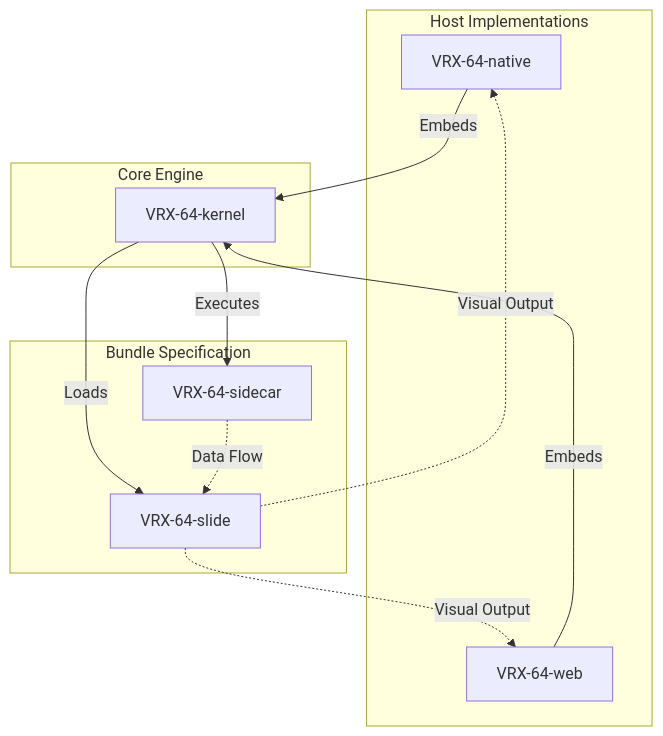
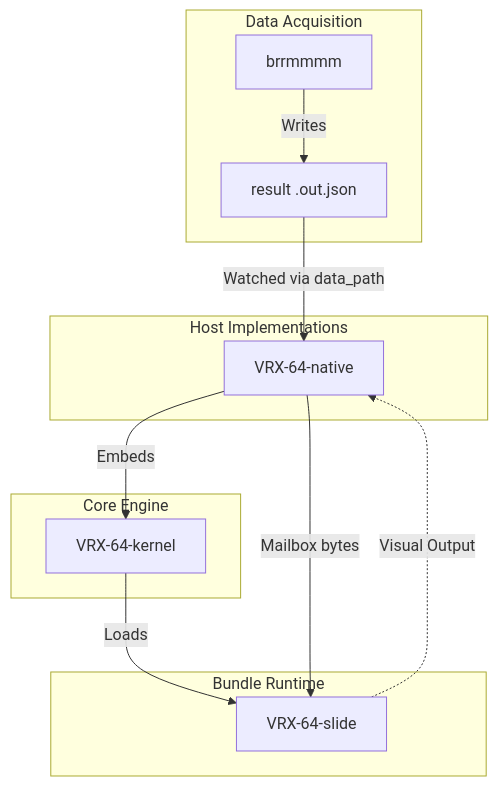
Before and after one commit to vzglyd/VRX-64: the diagram in README.md, drawn with Mermaid. The commit also changed other lines of this file and 5 other files, not shown here.

````diff
--- a/README.md
+++ b/README.md
@@ -63,24 +52,26 @@
 ```mermaid
 graph TD
     subgraph "Host Implementations"
         Native[VRX-64-native]
-        Web[VRX-64-web]
     end
 
     subgraph "Core Engine"
         Kernel[VRX-64-kernel]
     end
 
-    subgraph "Bundle Specification"
+    subgraph "Bundle Runtime"
         Slide[VRX-64-slide]
-        Sidecar[VRX-64-sidecar]
+    end
+
+    subgraph "Data Acquisition"
+        Brrmmmm[brrmmmm]
+        ResultFile[result .out.json]
     end
 
     Native -->|Embeds| Kernel
-    Web -->|Embeds| Kernel
     Kernel -->|Loads| Slide
-    Kernel -->|Executes| Sidecar
     Slide -.->|Visual Output| Native
-    Slide -.->|Visual Output| Web
-    Sidecar -.->|Data Flow| Slide
+    Brrmmmm -->|Writes| ResultFile
+    ResultFile -->|Watched via data_path| Native
+    Native -->|Mailbox bytes| Slide
 ```
````
